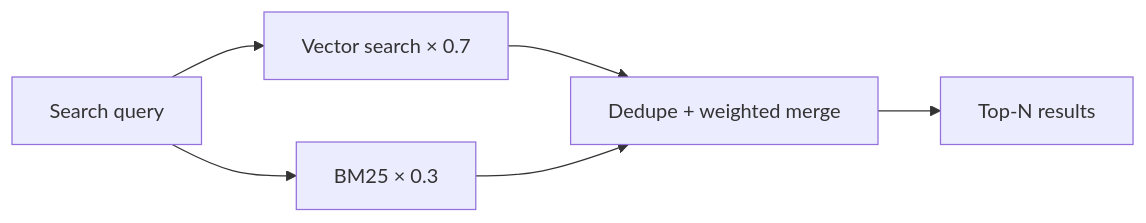
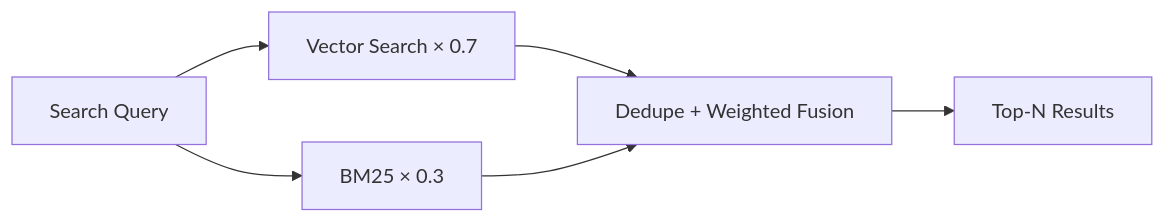
Before and after one commit to lllyyysss77/ReMe: the fifth of 6 diagrams in README.md, drawn with Mermaid. The commit also changed other lines of this file and 46 other files, not shown here.

````diff
--- a/README.md
+++ b/README.md
@@ -516,8 +379,8 @@
 ```mermaid
 graph LR
-    Q[Search query] --> V[Vector search × 0.7]
-Q --> B[BM25 × 0.3]
-V --> M[Dedupe + weighted merge]
-B --> M
-M --> R[Top-N results]
+    Q[Search Query] --> V[Vector Search × 0.7]
+    Q --> B[BM25 × 0.3]
+    V --> M[Dedupe + Weighted Fusion]
+    B --> M
+    M --> R[Top-N Results]
 ```
````
